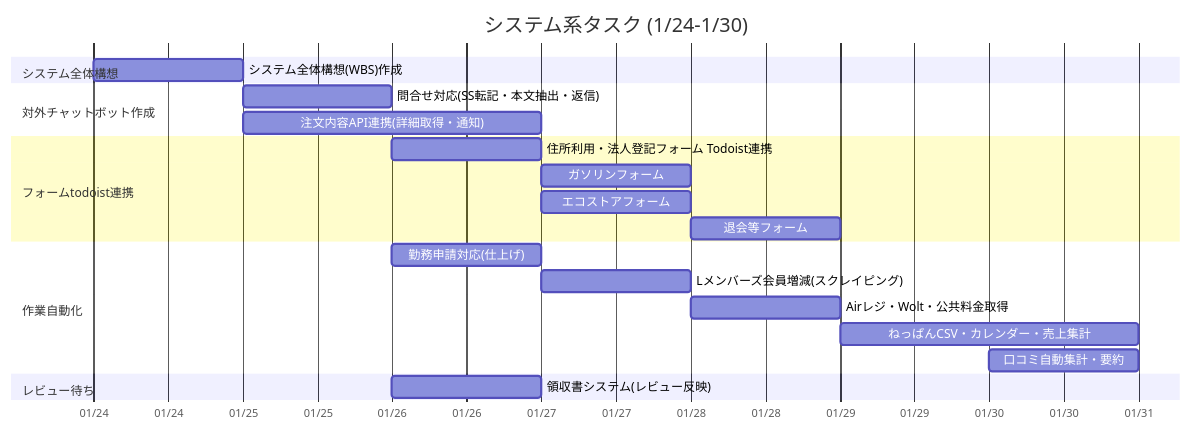
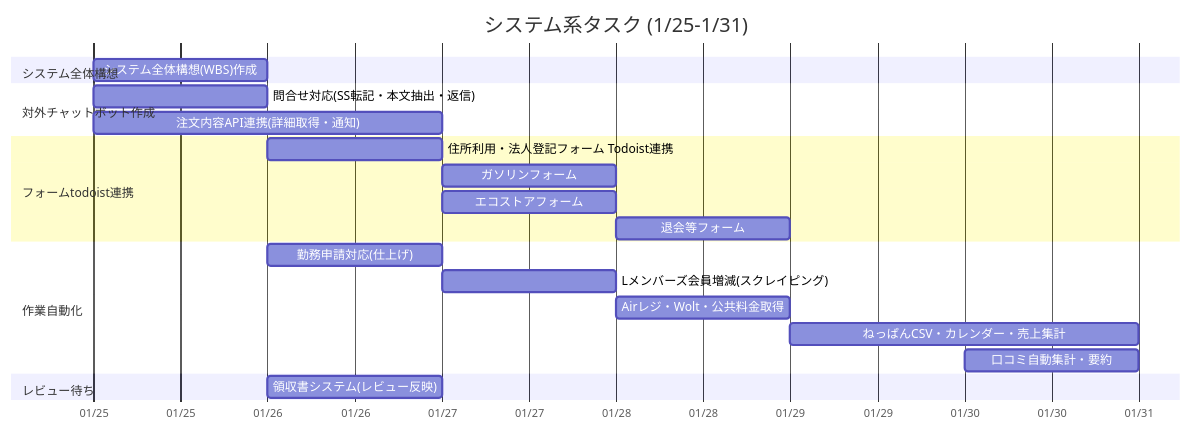
The first of 5 diagrams in タスク整理・思考の整理.md (yutaro2413/task-management), drawn with Mermaid before and after one commit. The commit also changed other lines of this file, not shown here.

````diff
--- a/タスク整理・思考の整理.md
+++ b/タスク整理・思考の整理.md
@@ -44,29 +45,29 @@
 ```mermaid
 gantt
-    title システム系タスク (1/24-1/30)
+    title システム系タスク (1/25-1/31)
     dateFormat YYYY-MM-DD
     axisFormat %m/%d
 
     section システム全体構想
-    システム全体構想(WBS)作成     :a2, 2024-01-24, 1d
+    システム全体構想(WBS)作成     :a2, 2026-01-25, 1d
 
     section 対外チャットボット作成
-    問合せ対応(SS転記・本文抽出・返信) :b1, 2024-01-25, 1d
-    注文内容API連携(詳細取得・通知) :b2, 2024-01-25, 2d
+    問合せ対応(SS転記・本文抽出・返信) :b1, 2026-01-25, 1d
+    注文内容API連携(詳細取得・通知) :b2, 2026-01-25, 2d
 
     section フォームtodoist連携
-    住所利用・法人登記フォーム Todoist連携 :c1, 2024-01-26, 1d
-    ガソリンフォーム :c21, 2024-01-27, 1d
-    エコストアフォーム :c22, 2024-01-27, 1d
-    退会等フォーム :c23, 2024-01-28, 1d
+    住所利用・法人登記フォーム Todoist連携 :c1, 2026-01-26, 1d
+    ガソリンフォーム :c21, 2026-01-27, 1d
+    エコストアフォーム :c22, 2026-01-27, 1d
+    退会等フォーム :c23, 2026-01-28, 1d
 
     section 作業自動化
-    勤務申請対応(仕上げ)          :d1, 2024-01-26, 1d
-    Lメンバーズ会員増減(スクレイピング) :d2, 2024-01-27, 1d
-    Airレジ・Wolt・公共料金取得    :d3, 2024-01-28, 1d
-    ねっぱんCSV・カレンダー・売上集計 :d4, 2024-01-29, 2d
-    口コミ自動集計・要約          :d5, 2024-01-30, 1d
+    勤務申請対応(仕上げ)          :d1, 2026-01-26, 1d
+    Lメンバーズ会員増減(スクレイピング) :d2, 2026-01-27, 1d
+    Airレジ・Wolt・公共料金取得    :d3, 2026-01-28, 1d
+    ねっぱんCSV・カレンダー・売上集計 :d4, 2026-01-29, 2d
+    口コミ自動集計・要約          :d5, 2026-01-30, 1d
 
     section レビュー待ち
-    領収書システム(レビュー反映)     :e1, 2024-01-26, 1d
+    領収書システム(レビュー反映)     :e1, 2026-01-26, 1d
 ```
````
